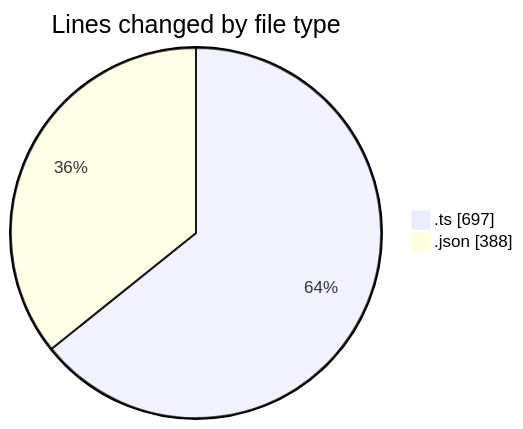
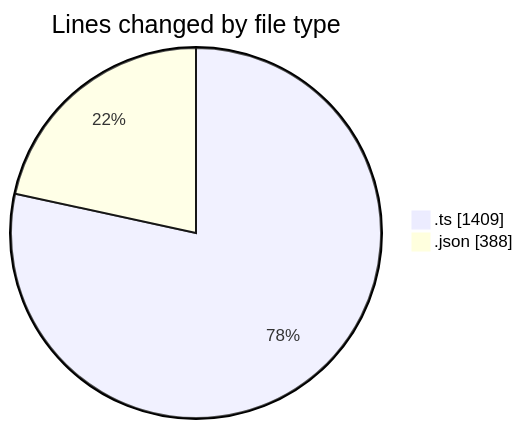
One commit to charlie-sans/code-tracking changed the first of 2 diagrams in 2025-04-30/masm-lsp/README.md. Above: the diagram before and after it, drawn with Mermaid. The commit also changed other lines of this file and 1 other file, not shown here.

````diff
--- a/2025-04-30/masm-lsp/README.md
+++ b/2025-04-30/masm-lsp/README.md
@@ -21,6 +21,6 @@
 ```mermaid
 pie showData
 title Lines changed by file type
-".ts" : 697
+".ts" : 1409
 ".json" : 388
 ```
````
